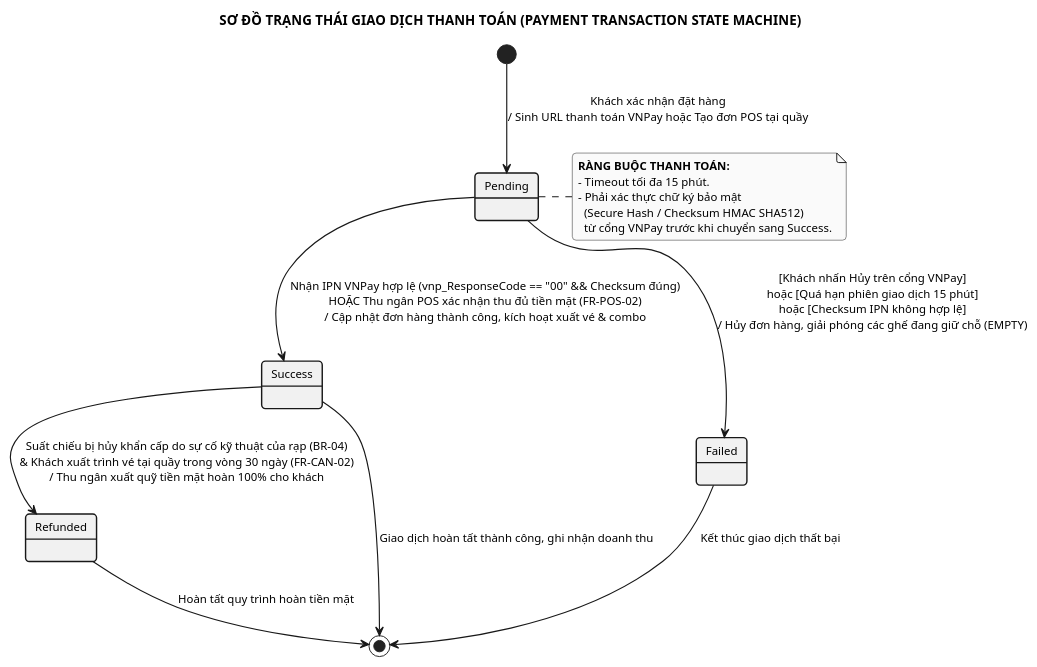
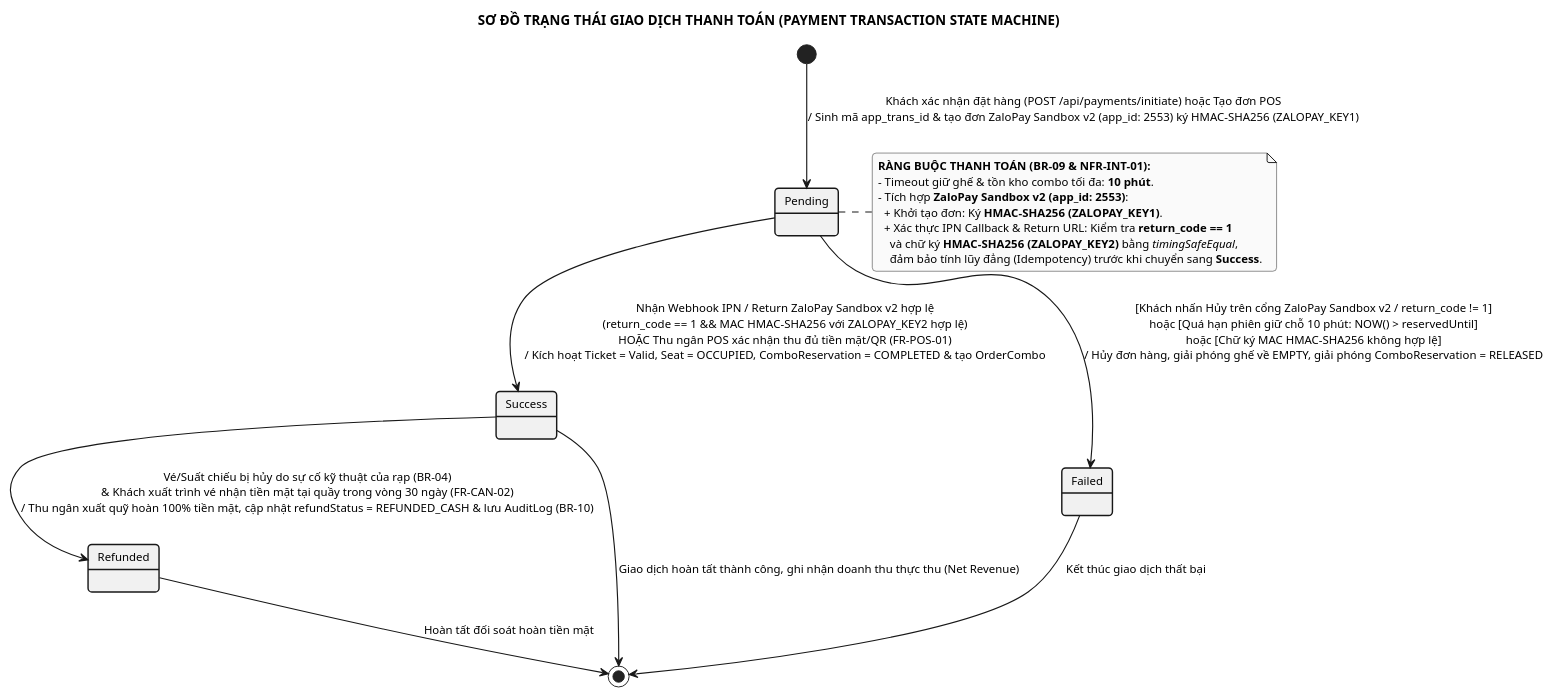
One commit to MaGiaVy/CinemaLUMI changed the diagram in PlantUML_State_Diagrams/state_payment.puml. Above: the diagram before and after it, drawn with PlantUML. The commit also changed 254 other files, not shown here.

Commit message:
feat(docs-uml): upgrade SRS to v2.0 and synchronize all 62 UML diagrams with codebase

```diff
--- a/PlantUML_State_Diagrams/state_payment.puml
+++ b/PlantUML_State_Diagrams/state_payment.puml
@@ -1,34 +1,36 @@
 @startuml state_payment
 skinparam monochrome true
 skinparam style strictuml
 skinparam defaultFontName Arial
 skinparam defaultFontSize 12
 skinparam roundCorner 8
 skinparam state {
     BorderThickness 1.5
     ArrowThickness 1.2
 }
 
 title SƠ ĐỒ TRẠNG THÁI GIAO DỊCH THANH TOÁN (PAYMENT TRANSACTION STATE MACHINE)
 
-[*] --> Pending : Khách xác nhận đặt hàng\n/ Sinh URL thanh toán VNPay hoặc Tạo đơn POS tại quầy
+[*] --> Pending : Khách xác nhận đặt hàng (POST /api/payments/initiate) hoặc Tạo đơn POS\n/ Sinh mã app_trans_id & tạo đơn ZaloPay Sandbox v2 (app_id: 2553) ký HMAC-SHA256 (ZALOPAY_KEY1)
 
-Pending --> Success : Nhận IPN VNPay hợp lệ (vnp_ResponseCode == "00" && Checksum đúng)\nHOẶC Thu ngân POS xác nhận thu đủ tiền mặt (FR-POS-02)\n/ Cập nhật đơn hàng thành công, kích hoạt xuất vé & combo
+Pending --> Success : Nhận Webhook IPN / Return ZaloPay Sandbox v2 hợp lệ\n(return_code == 1 && MAC HMAC-SHA256 với ZALOPAY_KEY2 hợp lệ)\nHOẶC Thu ngân POS xác nhận thu đủ tiền mặt/QR (FR-POS-01)\n/ Kích hoạt Ticket = Valid, Seat = OCCUPIED, ComboReservation = COMPLETED & tạo OrderCombo
 
-Pending --> Failed : [Khách nhấn Hủy trên cổng VNPay]\nhoặc [Quá hạn phiên giao dịch 15 phút]\nhoặc [Checksum IPN không hợp lệ]\n/ Hủy đơn hàng, giải phóng các ghế đang giữ chỗ (EMPTY)
+Pending --> Failed : [Khách nhấn Hủy trên cổng ZaloPay Sandbox v2 / return_code != 1]\nhoặc [Quá hạn phiên giữ chỗ 10 phút: NOW() > reservedUntil]\nhoặc [Chữ ký MAC HMAC-SHA256 không hợp lệ]\n/ Hủy đơn hàng, giải phóng ghế về EMPTY, giải phóng ComboReservation = RELEASED
 
-Success --> Refunded : Suất chiếu bị hủy khẩn cấp do sự cố kỹ thuật của rạp (BR-04)\n& Khách xuất trình vé tại quầy trong vòng 30 ngày (FR-CAN-02)\n/ Thu ngân xuất quỹ tiền mặt hoàn 100% cho khách
+Success --> Refunded : Vé/Suất chiếu bị hủy do sự cố kỹ thuật của rạp (BR-04)\n& Khách xuất trình vé nhận tiền mặt tại quầy trong vòng 30 ngày (FR-CAN-02)\n/ Thu ngân xuất quỹ hoàn 100% tiền mặt, cập nhật refundStatus = REFUNDED_CASH & lưu AuditLog (BR-10)
 
-Success --> [*] : Giao dịch hoàn tất thành công, ghi nhận doanh thu
+Success --> [*] : Giao dịch hoàn tất thành công, ghi nhận doanh thu thực thu (Net Revenue)
 Failed --> [*] : Kết thúc giao dịch thất bại
-Refunded --> [*] : Hoàn tất quy trình hoàn tiền mặt
+Refunded --> [*] : Hoàn tất đối soát hoàn tiền mặt
 
 note right of Pending
-  <b>RÀNG BUỘC THANH TOÁN:</b>
-  - Timeout tối đa 15 phút.
-  - Phải xác thực chữ ký bảo mật
-    (Secure Hash / Checksum HMAC SHA512)
-    từ cổng VNPay trước khi chuyển sang Success.
+  <b>RÀNG BUỘC THANH TOÁN (BR-09 & NFR-INT-01):</b>
+  - Timeout giữ ghế & tồn kho combo tối đa: <b>10 phút</b>.
+  - Tích hợp <b>ZaloPay Sandbox v2 (app_id: 2553)</b>:
+    + Khởi tạo đơn: Ký <b>HMAC-SHA256 (ZALOPAY_KEY1)</b>.
+    + Xác thực IPN Callback & Return URL: Kiểm tra <b>return_code == 1</b>
+      và chữ ký <b>HMAC-SHA256 (ZALOPAY_KEY2)</b> bằng <i>timingSafeEqual</i>,
+      đảm bảo tính lũy đẳng (Idempotency) trước khi chuyển sang <b>Success</b>.
 end note
 
 @enduml
```
